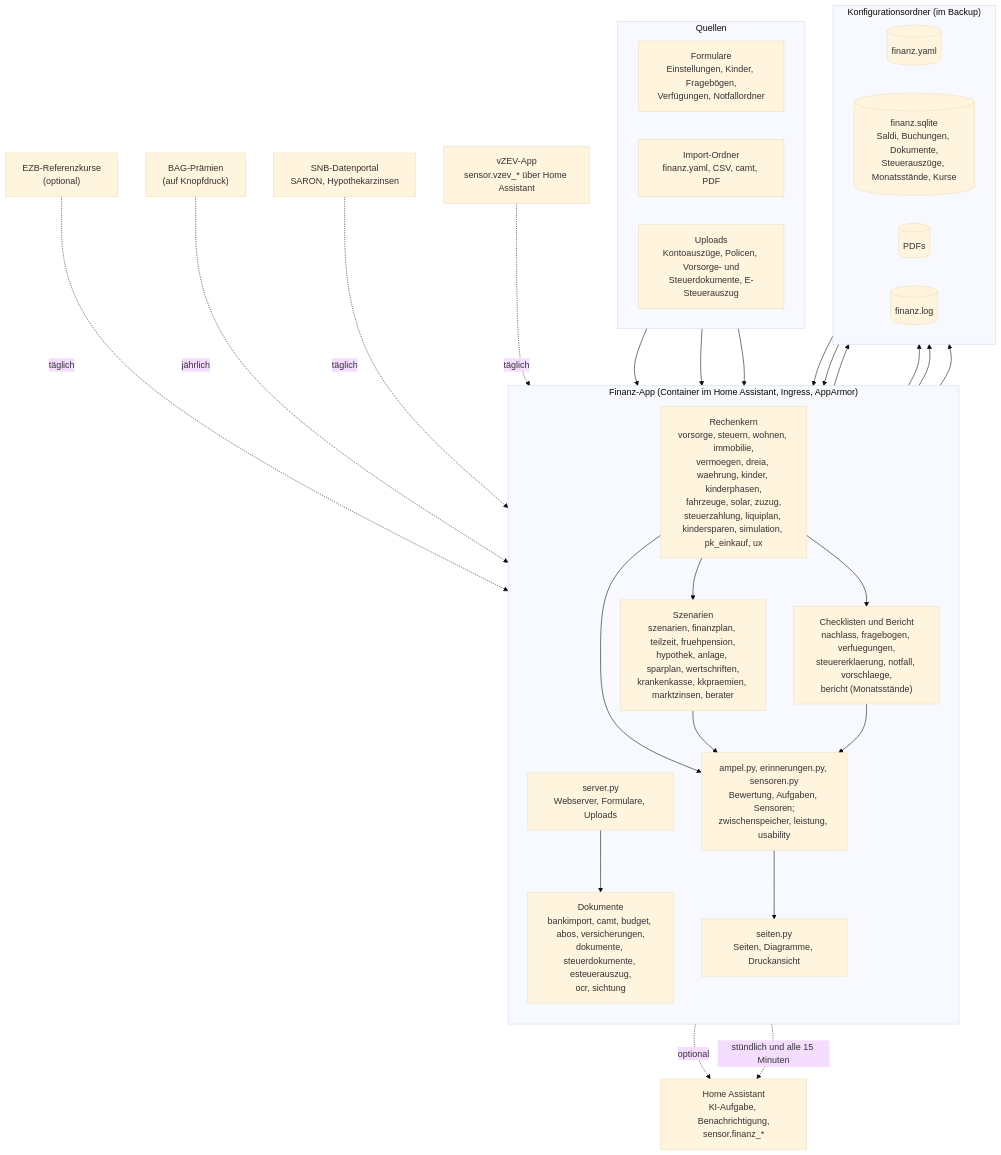
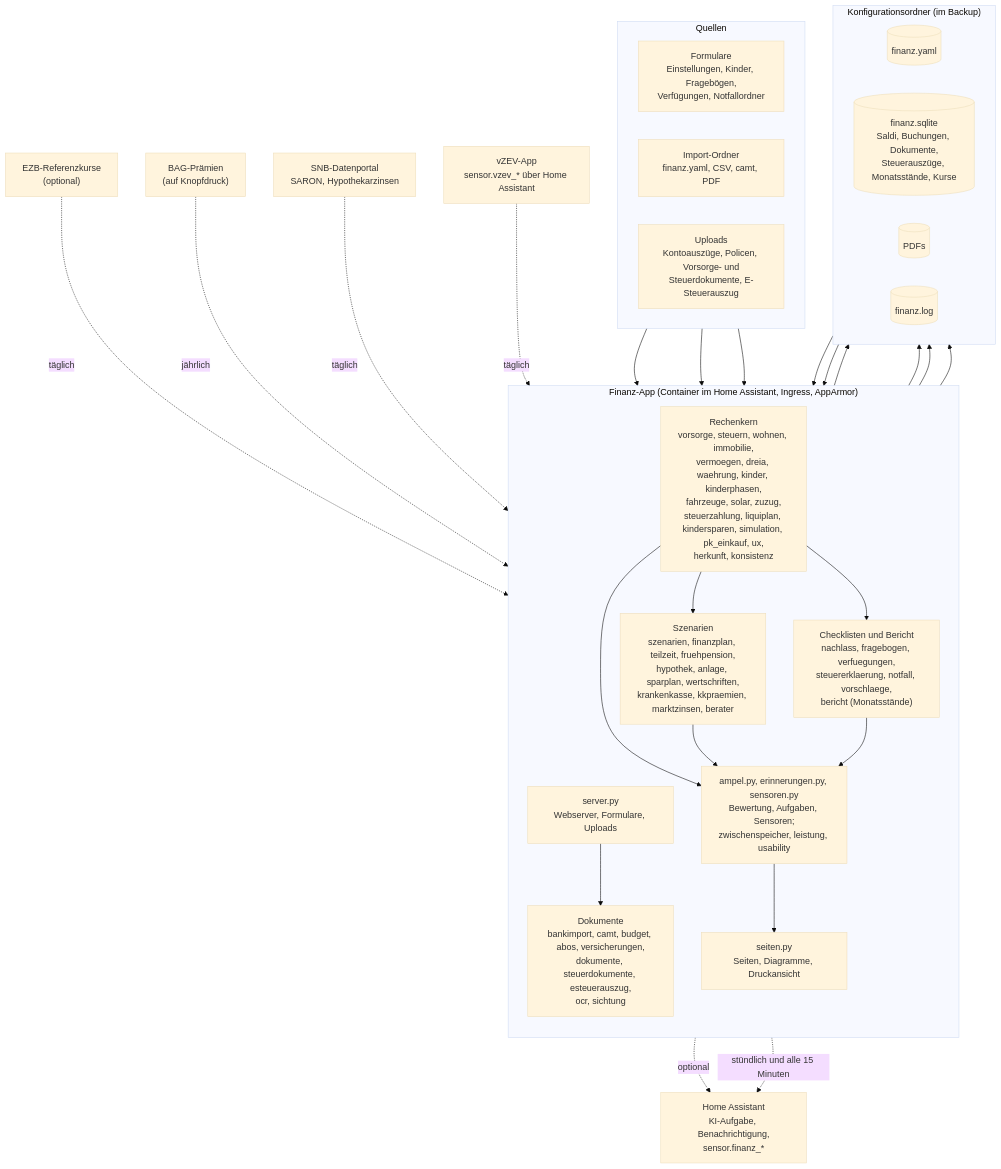
The first of 7 diagrams in README.md (khu1985/finanz-ha), drawn with Mermaid (base theme) before and after one commit. The commit also changed other lines of this file and 17 other files, not shown here.

````diff
--- a/README.md
+++ b/README.md
@@ -67,40 +67,40 @@
 ```mermaid
 flowchart TB
     subgraph Quellen
         direction LR
         F["Formulare<br/>Einstellungen, Kinder, Fragebögen,<br/>Verfügungen, Notfallordner"]
         I["Import-Ordner<br/>finanz.yaml, CSV, camt, PDF"]
         U["Uploads<br/>Kontoauszüge, Policen, Vorsorge- und<br/>Steuerdokumente, E-Steuerauszug"]
     end
     subgraph App["Finanz-App (Container im Home Assistant, Ingress, AppArmor)"]
         direction TB
         S["server.py<br/>Webserver, Formulare, Uploads"]
         D["Dokumente<br/>bankimport, camt, budget, abos, versicherungen,<br/>dokumente, steuerdokumente, esteuerauszug,<br/>ocr, sichtung"]
-        K["Rechenkern<br/>vorsorge, steuern, wohnen, immobilie,<br/>vermoegen, dreia, waehrung, kinder, kinderphasen,<br/>fahrzeuge, solar, zuzug,<br/>steuerzahlung, liquiplan, kindersparen, simulation, pk_einkauf, ux"]
+        K["Rechenkern<br/>vorsorge, steuern, wohnen, immobilie,<br/>vermoegen, dreia, waehrung, kinder, kinderphasen,<br/>fahrzeuge, solar, zuzug,<br/>steuerzahlung, liquiplan, kindersparen, simulation, pk_einkauf, ux,<br/>herkunft, konsistenz"]
         Z["Szenarien<br/>szenarien, finanzplan, teilzeit, fruehpension,<br/>hypothek, anlage, sparplan, wertschriften,<br/>krankenkasse, kkpraemien, marktzinsen, berater"]
         C["Checklisten und Bericht<br/>nachlass, fragebogen, verfuegungen,<br/>steuererklaerung, notfall, vorschlaege,<br/>bericht (Monatsstände)"]
         A["ampel.py, erinnerungen.py, sensoren.py<br/>Bewertung, Aufgaben, Sensoren;<br/>zwischenspeicher, leistung, usability"]
         SE["seiten.py<br/>Seiten, Diagramme, Druckansicht"]
     end
     subgraph Daten["Konfigurationsordner (im Backup)"]
         direction LR
         Y[("finanz.yaml")]
         DB[("finanz.sqlite<br/>Saldi, Buchungen, Dokumente,<br/>Steuerauszüge, Monatsstände, Kurse")]
         P[("PDFs")]
         L[("finanz.log")]
     end
     HA["Home Assistant<br/>KI-Aufgabe, Benachrichtigung,<br/>sensor.finanz_*"]
     F & I & U --> S
     S --> D --> DB & P
     S --> Y
     Y & DB --> K --> Z
     K --> C
     K & Z & C --> A --> SE
     Z -. optional .-> HA
     EZB["EZB-Referenzkurse<br/>(optional)"] -. täglich .-> K
     BAG["BAG-Prämien<br/>(auf Knopfdruck)"] -. jährlich .-> Z
     SNB["SNB-Datenportal<br/>SARON, Hypothekarzinsen"] -. täglich .-> Z
     A -. stündlich und alle 15 Minuten .-> HA
     VZ["vZEV-App<br/>sensor.vzev_* über Home Assistant"] -. täglich .-> K
     S --> L
 ```
````
